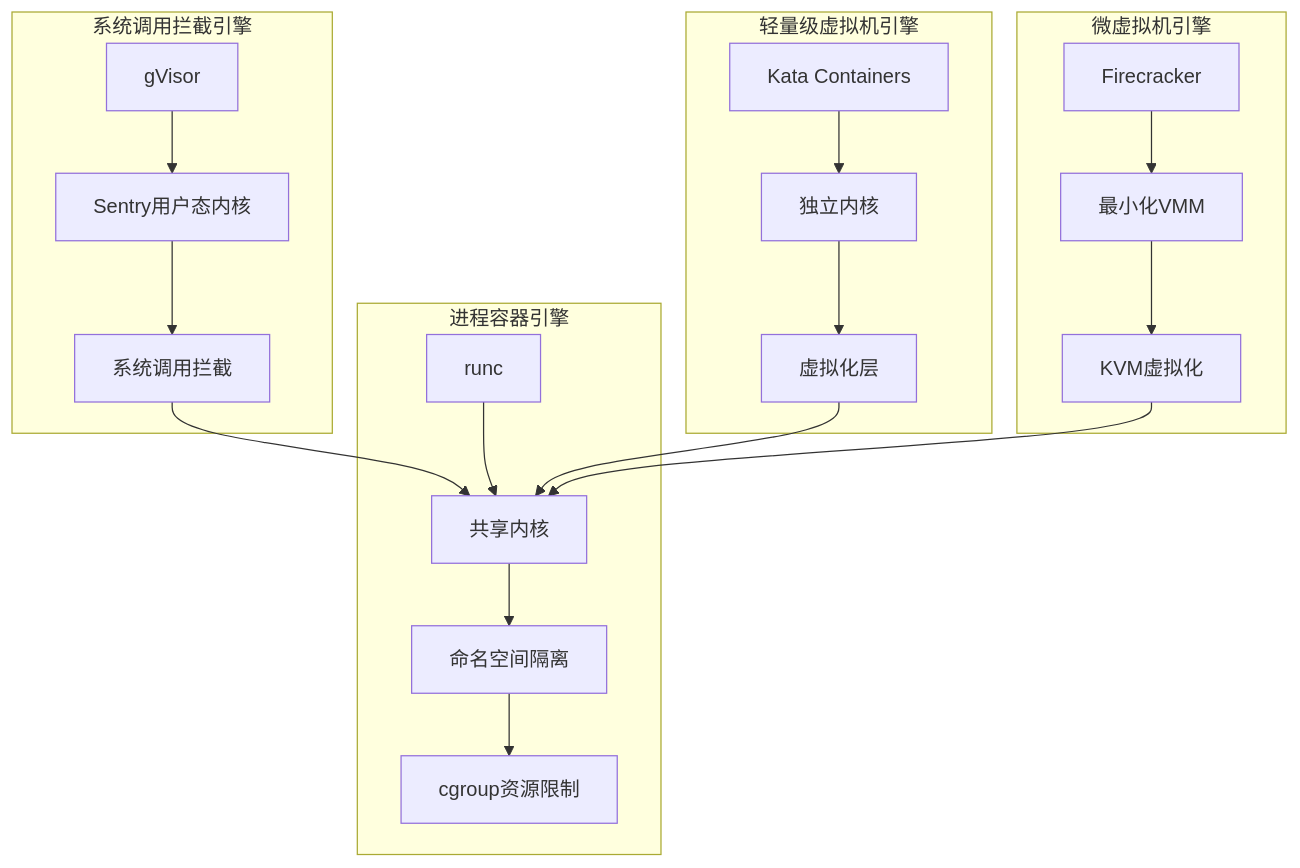
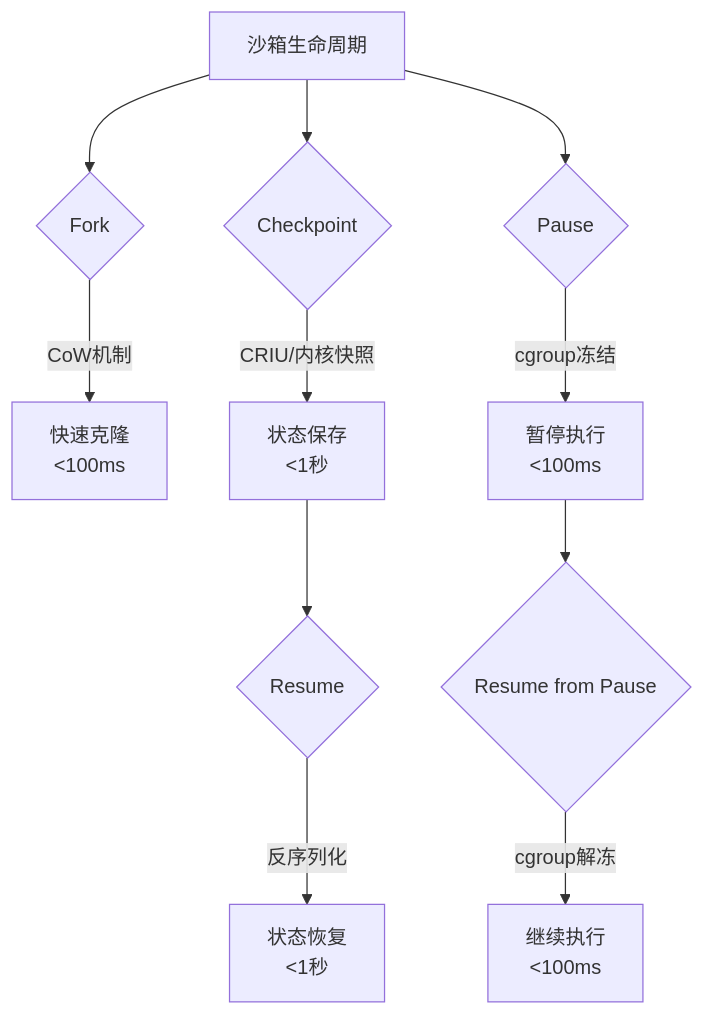
One commit to QJWang23/sandbox changed diagram 17 of 20 in docs/superpowers/specs/2026-03-22-agent-sandbox-technical-roadmap.md. Above: the diagram before and after it, drawn with Mermaid. The commit also changed other lines of this file, not shown here.

First line of the commit message:
Update technical roadmap with production scenarios focus

````diff
--- a/docs/superpowers/specs/2026-03-22-agent-sandbox-technical-roadmap.md
+++ b/docs/superpowers/specs/2026-03-22-agent-sandbox-technical-roadmap.md
@@ -657,26 +663,17 @@
 ```mermaid
 graph TB
-    subgraph "进程容器引擎"
-        A[runc] --> B[共享内核]
-        B --> C[命名空间隔离]
-        C --> D[cgroup资源限制]
-    end
+    A[沙箱生命周期] --> B{Fork}
+    B -->|CoW机制| C[快速克隆<br/><100ms]
 
-    subgraph "系统调用拦截引擎"
-        E[gVisor] --> F[Sentry用户态内核]
-        F --> G[系统调用拦截]
-        G --> B
-    end
+    A --> D{Checkpoint}
+    D -->|CRIU/内核快照| E[状态保存<br/><1秒]
 
-    subgraph "轻量级虚拟机引擎"
-        H[Kata Containers] --> I[独立内核]
-        I --> J[虚拟化层]
-        J --> B
-    end
+    E --> F{Resume}
+    F -->|反序列化| G[状态恢复<br/><1秒]
 
-    subgraph "微虚拟机引擎"
-        K[Firecracker] --> L[最小化VMM]
-        L --> M[KVM虚拟化]
-        M --> B
-    end
+    A --> H{Pause}
+    H -->|cgroup冻结| I[暂停执行<br/><100ms]
+
+    I --> J{Resume from Pause}
+    J -->|cgroup解冻| K[继续执行<br/><100ms]
 ```
````
